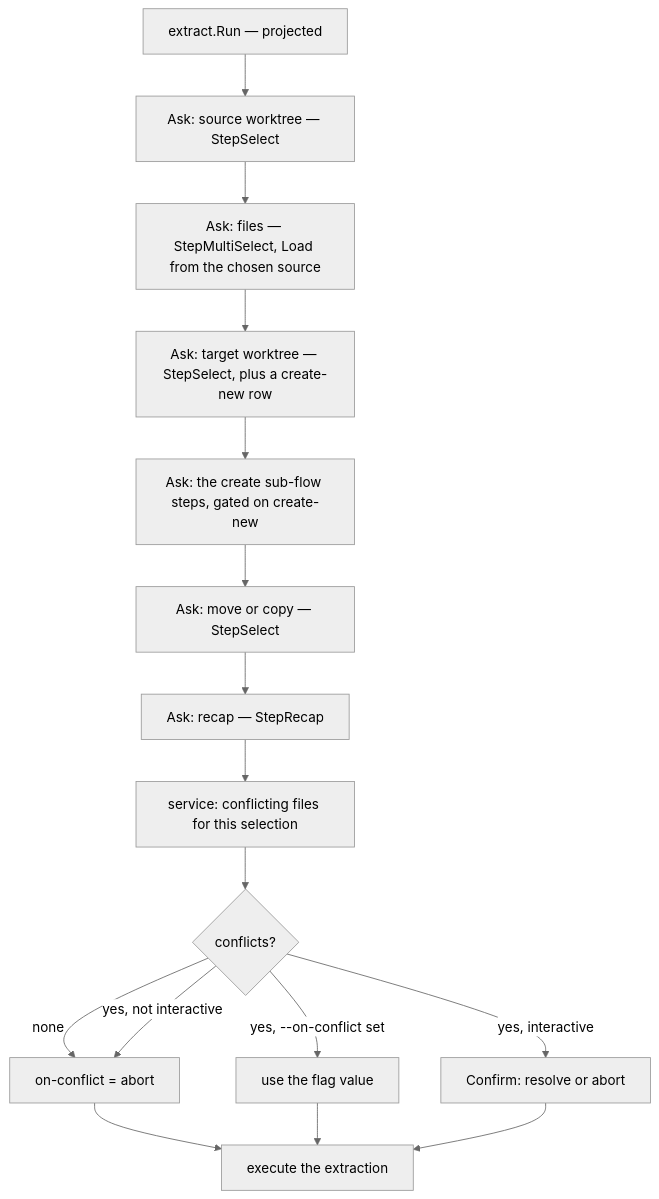
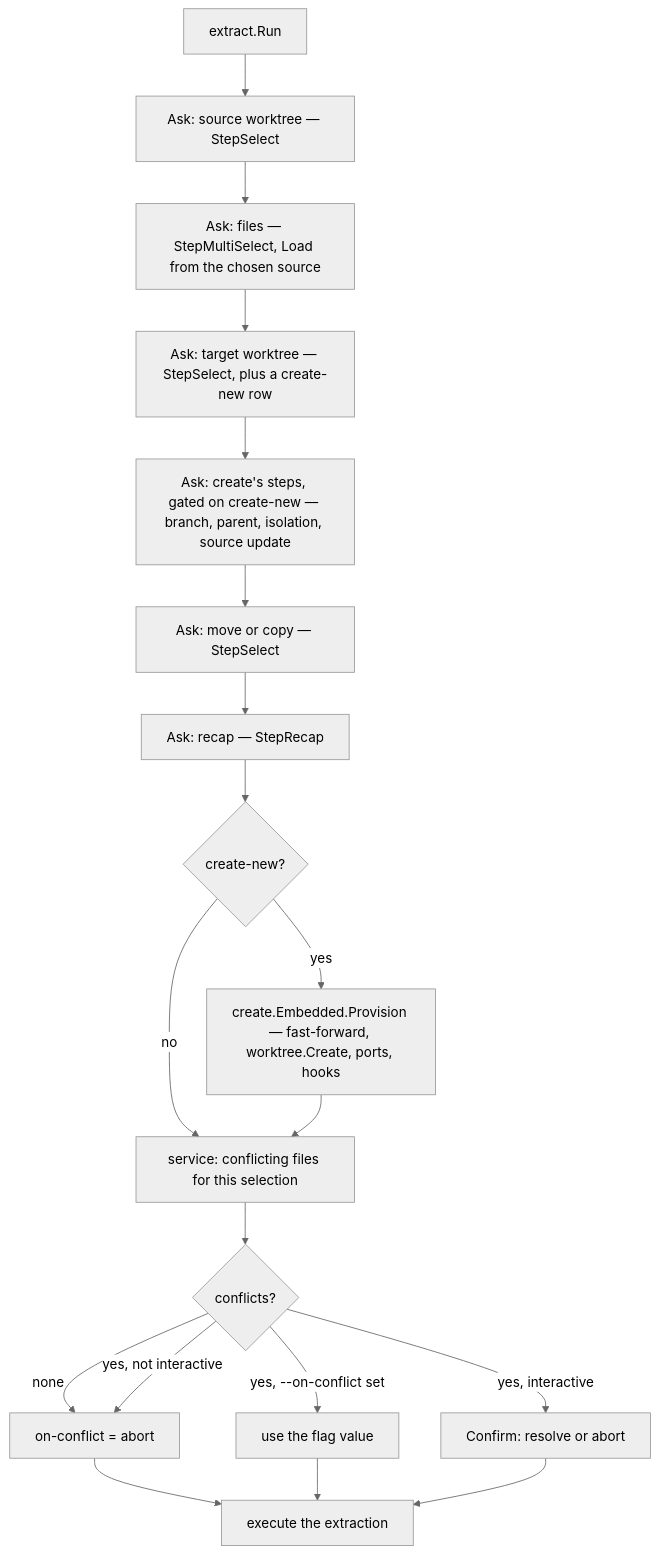
One commit to LucasPcq/wtm changed the fourth of 8 diagrams in docs/dev/flow-layer.md. Above: the diagram before and after it, drawn with Mermaid (neutral theme). The commit also changed other lines of this file and 6 other files, not shown here.

First line of the commit message:
docs: extract runs through flow/, create's steps declared once (LUC-241, LUC-242)

````diff
--- a/docs/dev/flow-layer.md
+++ b/docs/dev/flow-layer.md
@@ -428,18 +428,21 @@
 ```mermaid
 flowchart TD
-  A["extract.Run — projected"] --> B["Ask: source worktree — StepSelect"]
+  A["extract.Run"] --> B["Ask: source worktree — StepSelect"]
   B --> C["Ask: files — StepMultiSelect, Load from the chosen source"]
   C --> D["Ask: target worktree — StepSelect, plus a create-new row"]
-  D --> E["Ask: the create sub-flow steps, gated on create-new"]
+  D --> E["Ask: create's steps, gated on create-new — branch, parent, isolation, source update"]
   E --> F["Ask: move or copy — StepSelect"]
   F --> G["Ask: recap — StepRecap"]
-  G --> H["service: conflicting files for this selection"]
+  G --> P{"create-new?"}
+  P -- yes --> Q["create.Embedded.Provision — fast-forward, worktree.Create, ports, hooks"]
+  P -- no --> H
+  Q --> H["service: conflicting files for this selection"]
   H --> I{"conflicts?"}
   I -- none --> J["on-conflict = abort"]
   I -- "yes, --on-conflict set" --> K["use the flag value"]
   I -- "yes, not interactive" --> J
   I -- "yes, interactive" --> L["Confirm: resolve or abort"]
   J --> M["execute the extraction"]
   K --> M
   L --> M
 ```
````
